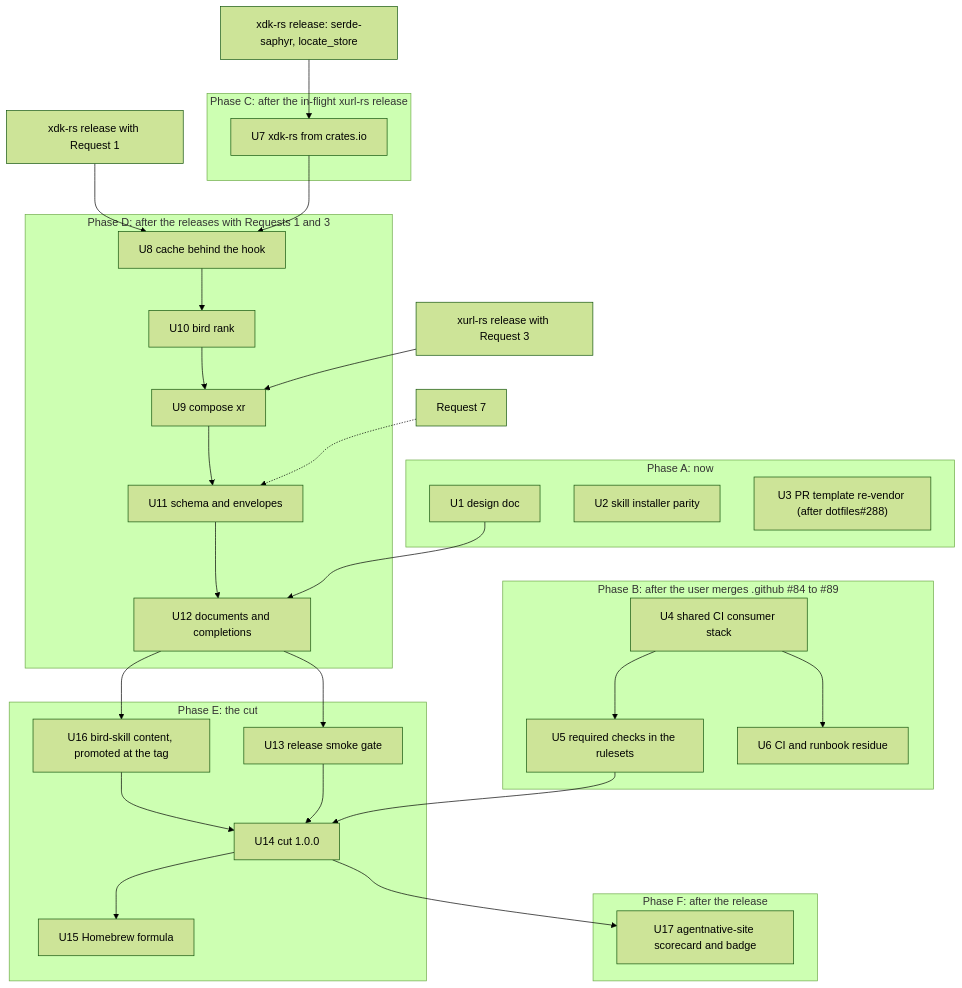
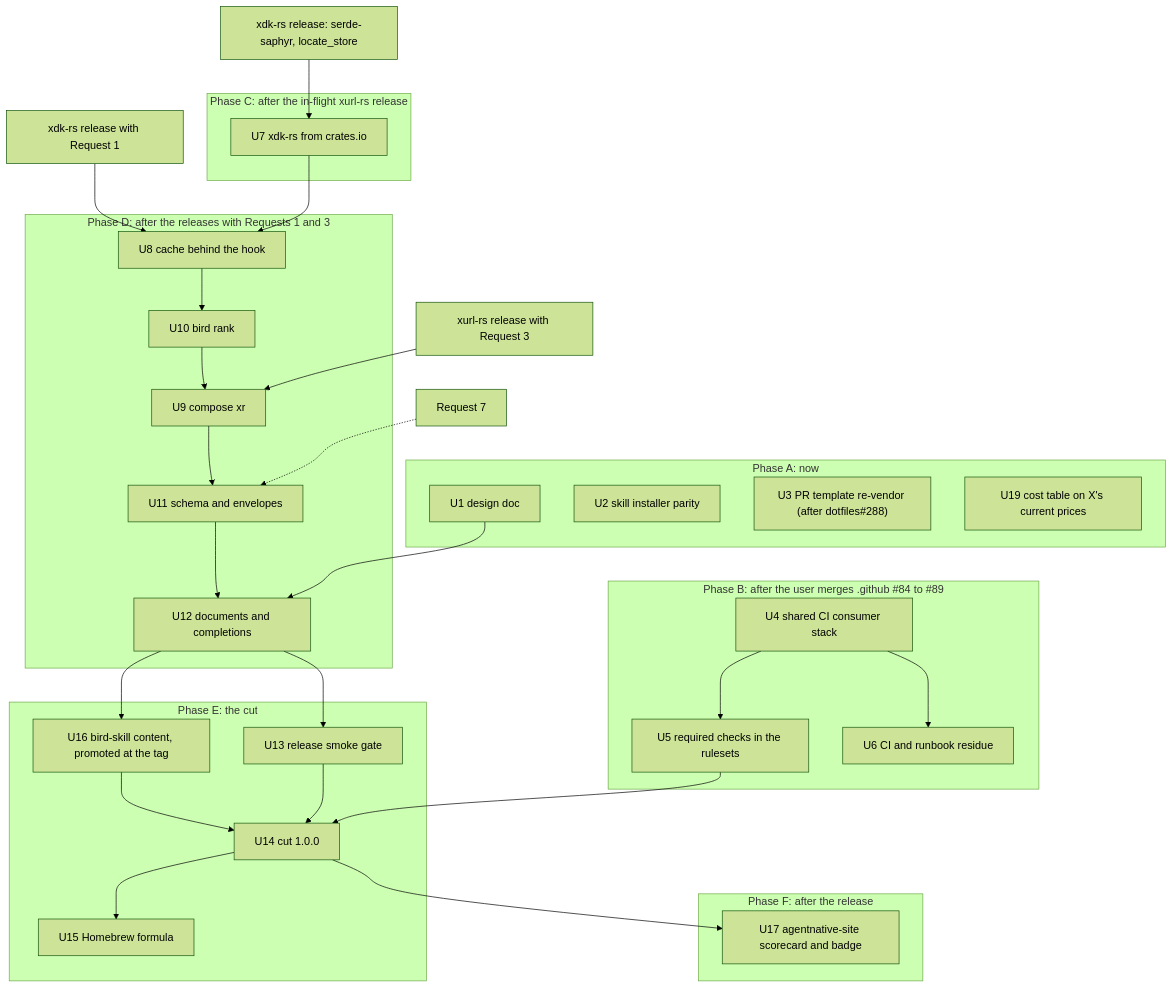
The second of 2 diagrams in docs/plans/2026-10-22-005-feat-bird-1-0-0-remaining-work-plan.md (brettdavies/bird), drawn with Mermaid (forest theme) before and after one commit. The commit also changed other lines of this file, not shown here.

````diff
--- a/docs/plans/2026-10-22-005-feat-bird-1-0-0-remaining-work-plan.md
+++ b/docs/plans/2026-10-22-005-feat-bird-1-0-0-remaining-work-plan.md
@@ -366,36 +378,37 @@
 ```mermaid
 flowchart TB
   subgraph A["Phase A: now"]
     U1["U1 design doc"]
     U2["U2 skill installer parity"]
     U3["U3 PR template re-vendor (after dotfiles#288)"]
+    U19["U19 cost table on X's current prices"]
   end
   subgraph B["Phase B: after the user merges .github #84 to #89"]
     U4["U4 shared CI consumer stack"] --> U5["U5 required checks in the rulesets"]
     U4 --> U6["U6 CI and runbook residue"]
   end
   subgraph C["Phase C: after the in-flight xurl-rs release"]
     U7["U7 xdk-rs from crates.io"]
   end
   subgraph D["Phase D: after the releases with Requests 1 and 3"]
     U8["U8 cache behind the hook"] --> U10["U10 bird rank"] --> U9["U9 compose xr"]
     U9 --> U11["U11 schema and envelopes"] --> U12["U12 documents and completions"]
   end
   subgraph E["Phase E: the cut"]
     U16["U16 bird-skill content, promoted at the tag"] --> U14
     U13["U13 release smoke gate"] --> U14["U14 cut 1.0.0"] --> U15["U15 Homebrew formula"]
   end
   subgraph F["Phase F: after the release"]
     U17["U17 agentnative-site scorecard and badge"]
   end
   REL0["xdk-rs release: serde-saphyr, locate_store"] --> U7
   REQ1["xdk-rs release with Request 1"] --> U8
   REQ3["xurl-rs release with Request 3"] --> U9
   U7 --> U8
   U5 --> U14
   U12 --> U13
   U1 --> U12
   U12 --> U16
   U14 --> U17
   REQ7["Request 7"] -.-> U11
 ```
````
